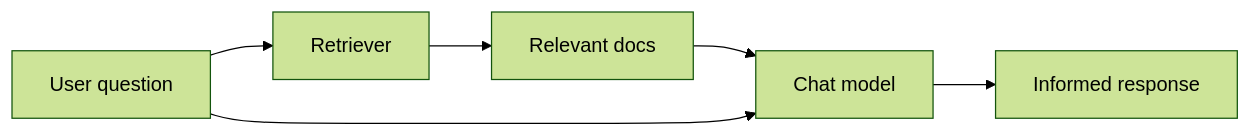
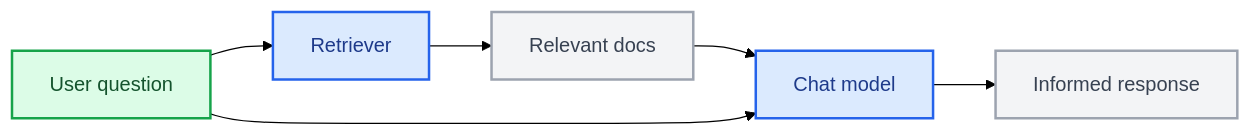
The second of 4 diagrams in src/oss/langchain/component-architecture.mdx (langchain-ai/docs), drawn with Mermaid (forest theme) before and after one commit. The commit also changed other lines of this file and 22 other files, not shown here.

Commit message:
fix mermaids in dark mode

````diff
--- a/src/oss/langchain/component-architecture.mdx
+++ b/src/oss/langchain/component-architecture.mdx
@@ -81,8 +91,16 @@
 ```mermaid
 graph LR
     A[User question] --> B[Retriever]
     B --> C[Relevant docs]
     C --> D[Chat model]
     A --> D
     D --> E[Informed response]
+
+    classDef trigger fill:#DCFCE7,stroke:#16A34A,stroke-width:2px,color:#14532D
+    classDef process fill:#DBEAFE,stroke:#2563EB,stroke-width:2px,color:#1E3A8A
+    classDef neutral fill:#F3F4F6,stroke:#9CA3AF,stroke-width:2px,color:#374151
+
+    class A trigger
+    class B,D process
+    class C,E neutral
 ```
````
